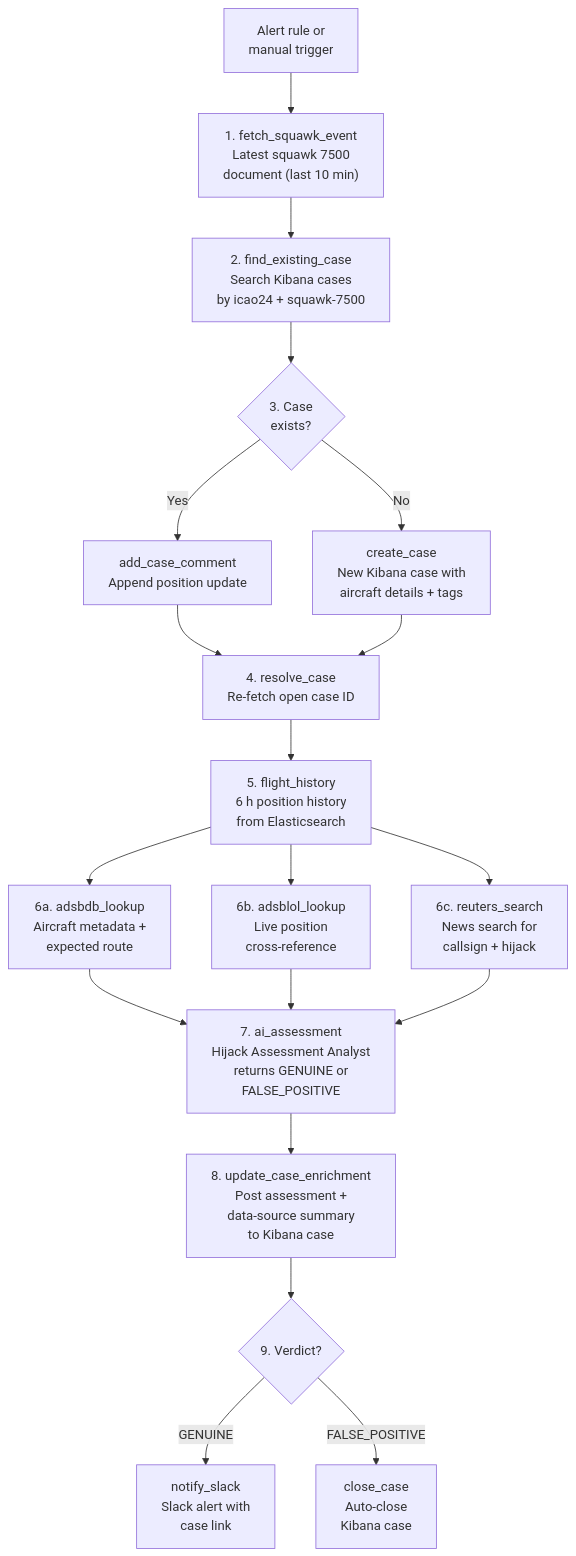
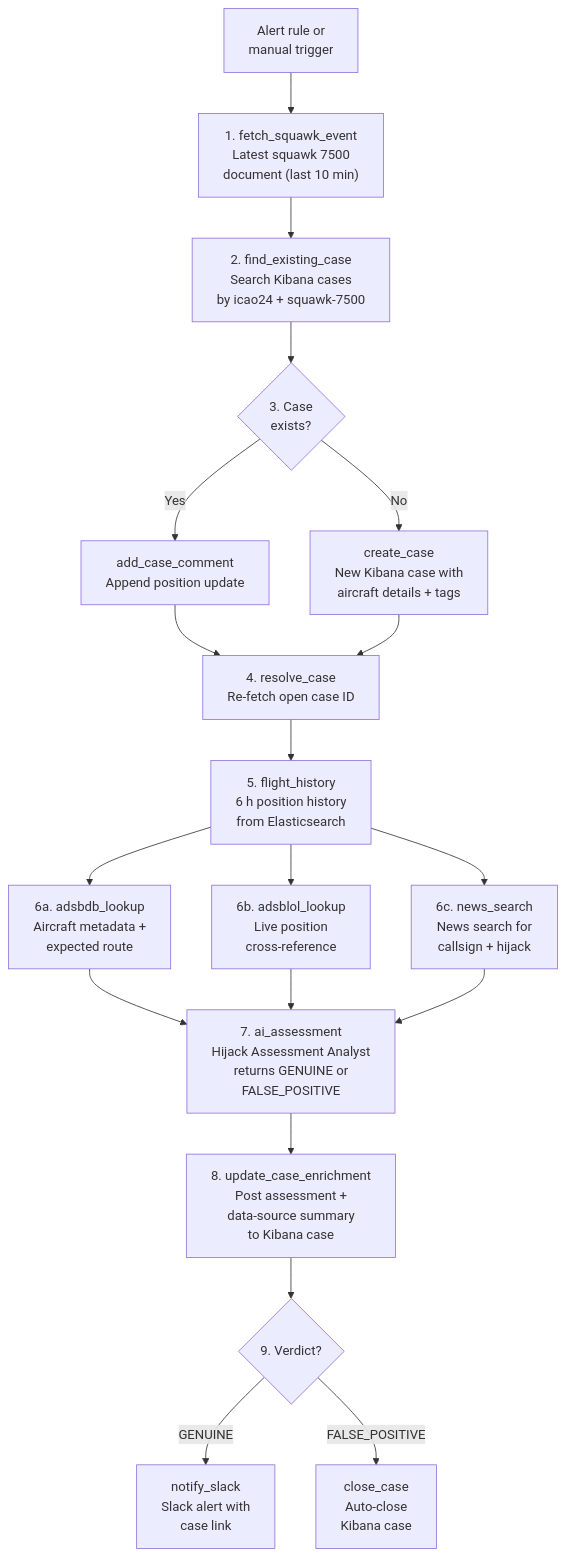
The fourth of 6 diagrams in elasticsearch/workflows/README.md (face0b1101/adsb-demo), drawn with Mermaid before and after one commit. The commit also changed other lines of this file and 9 other files, not shown here.

First line of the commit message:
fix: replace defunct Reuters API with GNews for news correlation

````diff
--- a/elasticsearch/workflows/README.md
+++ b/elasticsearch/workflows/README.md
@@ -160,25 +160,25 @@
 ```mermaid
 flowchart TD
     Trigger["Alert rule or\nmanual trigger"] --> Fetch["1. fetch_squawk_event\nLatest squawk 7500\ndocument (last 10 min)"]
     Fetch --> FindCase["2. find_existing_case\nSearch Kibana cases\nby icao24 + squawk-7500"]
     FindCase --> Branch1{"3. Case\nexists?"}
     Branch1 -->|Yes| AddComment["add_case_comment\nAppend position update"]
     Branch1 -->|No| CreateCase["create_case\nNew Kibana case with\naircraft details + tags"]
     AddComment --> Resolve["4. resolve_case\nRe-fetch open case ID"]
     CreateCase --> Resolve
 
     Resolve --> History["5. flight_history\n6 h position history\nfrom Elasticsearch"]
     History --> adsbdb["6a. adsbdb_lookup\nAircraft metadata +\nexpected route"]
     History --> adsblol["6b. adsblol_lookup\nLive position\ncross-reference"]
-    History --> Reuters["6c. reuters_search\nNews search for\ncallsign + hijack"]
+    History --> GNewsStep["6c. news_search\nNews search for\ncallsign + hijack"]
 
     adsbdb --> AI["7. ai_assessment\nHijack Assessment Analyst\nreturns GENUINE or\nFALSE_POSITIVE"]
     adsblol --> AI
-    Reuters --> AI
+    GNewsStep --> AI
 
     AI --> UpdateCase["8. update_case_enrichment\nPost assessment +\ndata-source summary\nto Kibana case"]
 
     UpdateCase --> Branch2{"9. Verdict?"}
     Branch2 -->|GENUINE| SlackAlert["notify_slack\nSlack alert with\ncase link"]
     Branch2 -->|FALSE_POSITIVE| CloseCase["close_case\nAuto-close\nKibana case"]
 ```
````
